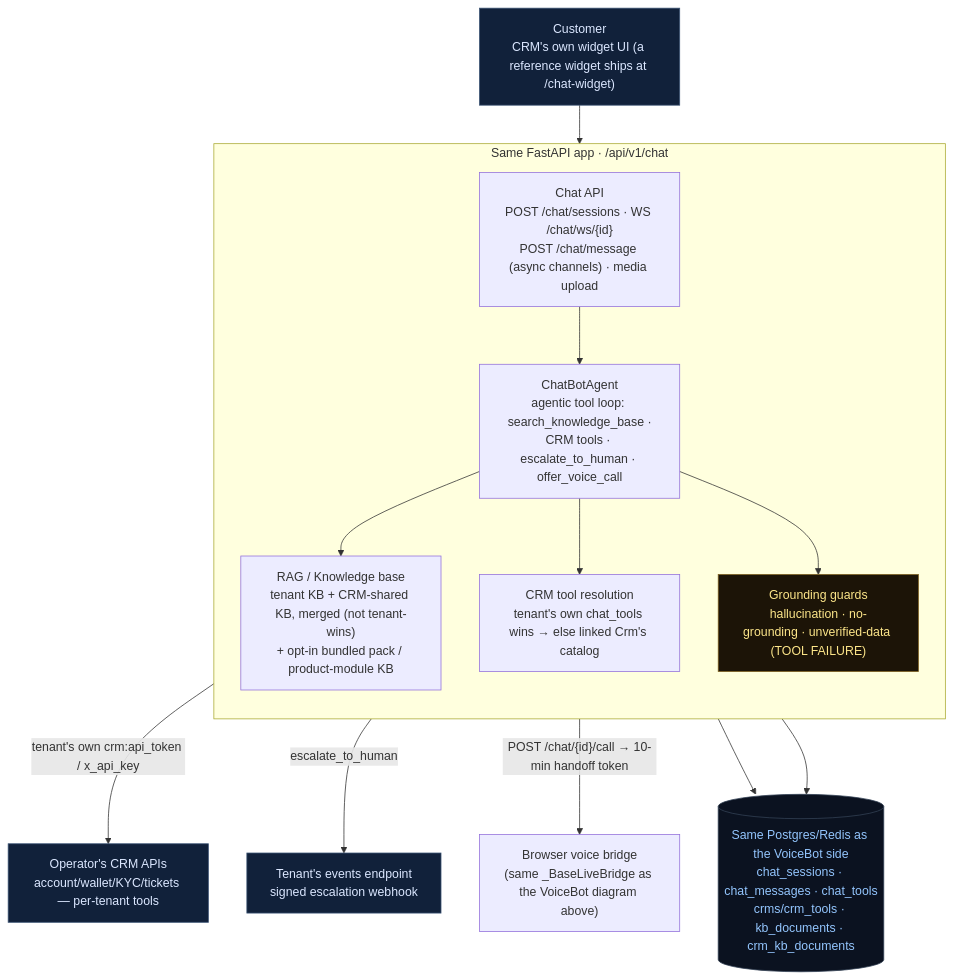
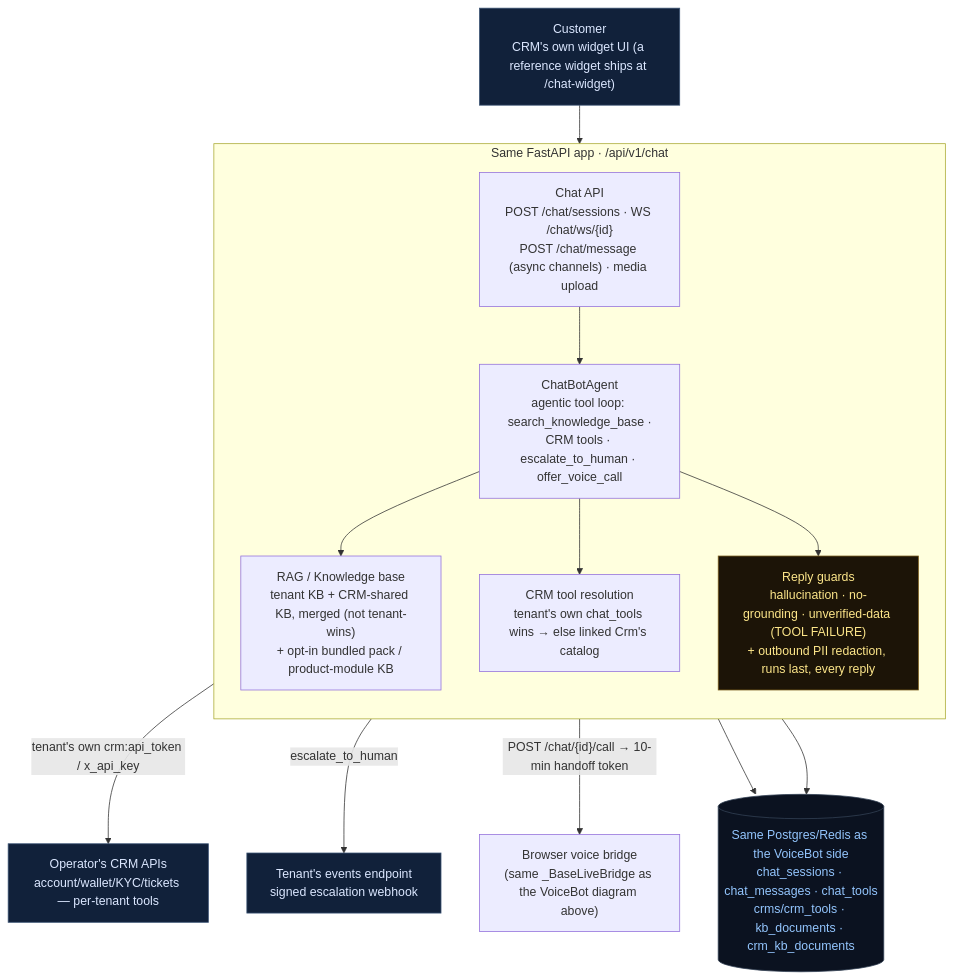
One commit to insidebeehive/indic_voice_and_chat changed the second of 3 diagrams in docs/ARCHITECTURE.md. Above: the diagram before and after it, drawn with Mermaid. The commit also changed other lines of this file and 7 other files, not shown here.

````diff
--- a/docs/ARCHITECTURE.md
+++ b/docs/ARCHITECTURE.md
@@ -87,33 +87,33 @@
 ```mermaid
 flowchart TB
   classDef ext   fill:#11213a,stroke:#3b5374,color:#dbe7ff;
   classDef store fill:#0b1220,stroke:#334155,color:#93c5fd;
   classDef note  fill:#1c1407,stroke:#7c5e1e,color:#fde68a;
 
   CUSTOMER["Customer<br/>CRM's own widget UI (a reference widget ships at /chat-widget)"]:::ext
   CRMAPI["Operator's CRM APIs<br/>account/wallet/KYC/tickets — per-tenant tools"]:::ext
   WEBHOOK["Tenant's events endpoint<br/>signed escalation webhook"]:::ext
   VOICEBRIDGE["Browser voice bridge<br/>(same _BaseLiveBridge as the VoiceBot diagram above)"]
 
   subgraph CHATAPP["Same FastAPI app · /api/v1/chat"]
     direction TB
     CHATAPI["Chat API<br/>POST /chat/sessions · WS /chat/ws/{id}<br/>POST /chat/message (async channels) · media upload"]
     CHATAGENT["ChatBotAgent<br/>agentic tool loop: search_knowledge_base ·<br/>CRM tools · escalate_to_human · offer_voice_call"]
     KB["RAG / Knowledge base<br/>tenant KB + CRM-shared KB, merged (not tenant-wins)<br/>+ opt-in bundled pack / product-module KB"]
     TOOLRES["CRM tool resolution<br/>tenant's own chat_tools wins → else linked Crm's catalog"]
-    GUARD["Grounding guards<br/>hallucination · no-grounding · unverified-data (TOOL FAILURE)"]:::note
+    GUARD["Reply guards<br/>hallucination · no-grounding · unverified-data (TOOL FAILURE)<br/>+ outbound PII redaction, runs last, every reply"]:::note
   end
 
   DATA2[("Same Postgres/Redis as the VoiceBot side<br/>chat_sessions · chat_messages · chat_tools<br/>crms/crm_tools · kb_documents · crm_kb_documents")]:::store
 
   CUSTOMER --> CHATAPI
   CHATAPI --> CHATAGENT
   CHATAGENT --> KB
   CHATAGENT --> TOOLRES
   TOOLRES -->|"tenant's own crm:api_token / x_api_key"| CRMAPI
   CHATAGENT --> GUARD
   CHATAGENT -->|"escalate_to_human"| WEBHOOK
   CHATAGENT -->|"POST /chat/{id}/call → 10-min handoff token"| VOICEBRIDGE
   CHATAGENT --> DATA2
   KB --> DATA2
 ```
````
